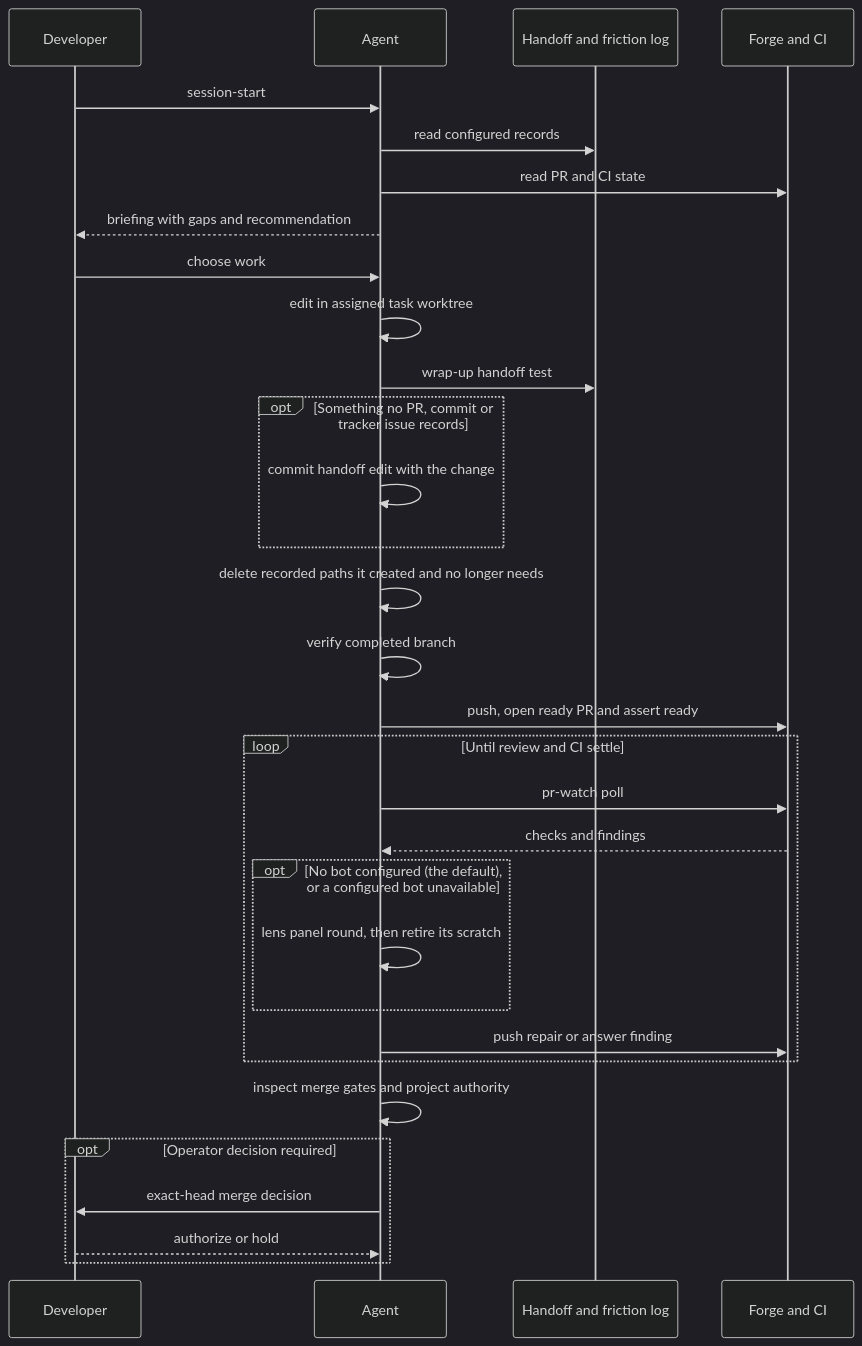
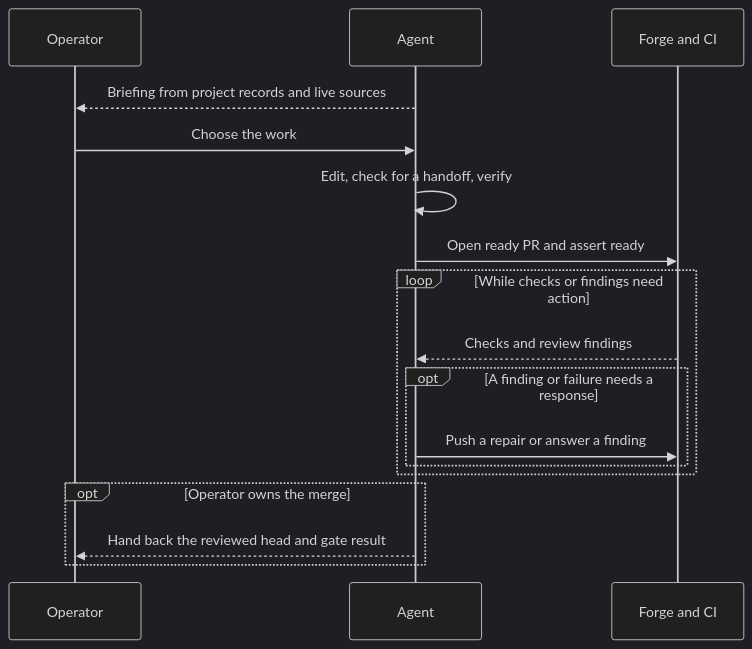
The second of 6 diagrams in docs/architecture.md (topij/agentic-dev-kit), drawn with Mermaid (dark theme) before and after one commit. The commit also changed other lines of this file and 12 other files, not shown here.

````diff
--- a/docs/architecture.md
+++ b/docs/architecture.md
@@ -87,33 +50,21 @@
 ```mermaid
 sequenceDiagram
-    participant Developer
-    participant Agent
-    participant Records as Handoff and friction log
-    participant Forge as Forge and CI
-    Developer->>Agent: session-start
-    Agent->>Records: read configured records
-    Agent->>Forge: read PR and CI state
-    Agent-->>Developer: briefing with gaps and recommendation
-    Developer->>Agent: choose work
-    Agent->>Agent: edit in assigned task worktree
-    Agent->>Records: wrap-up handoff test
-    opt Something no PR, commit or tracker issue records
-        Agent->>Agent: commit handoff edit with the change
+    accTitle: Who acts during a Full session
+    accDescr: The operator chooses work after the briefing. The agent verifies the change, opens the pull request and follows checks and review. When the operator owns the merge, the agent hands back the reviewed head.
+    participant O as Operator
+    participant A as Agent
+    participant F as Forge and CI
+    A-->>O: Briefing from project records and live sources
+    O->>A: Choose the work
+    A->>A: Edit, check for a handoff, verify
+    A->>F: Open ready PR and assert ready
+    loop While checks or findings need action
+        F-->>A: Checks and review findings
+        opt A finding or failure needs a response
+            A->>F: Push a repair or answer a finding
+        end
     end
-    Agent->>Agent: delete recorded paths it created and no longer needs
-    Agent->>Agent: verify completed branch
-    Agent->>Forge: push, open ready PR and assert ready
-    loop Until review and CI settle
-        Agent->>Forge: pr-watch poll
-        Forge-->>Agent: checks and findings
-        opt No bot configured (the default), or a configured bot unavailable
-            Agent->>Agent: lens panel round, then retire its scratch
-        end
-        Agent->>Forge: push repair or answer finding
-    end
-    Agent->>Agent: inspect merge gates and project authority
-    opt Operator decision required
-        Agent->>Developer: exact-head merge decision
-        Developer-->>Agent: authorize or hold
+    opt Operator owns the merge
+        A-->>O: Hand back the reviewed head and gate result
     end
 ```
````
